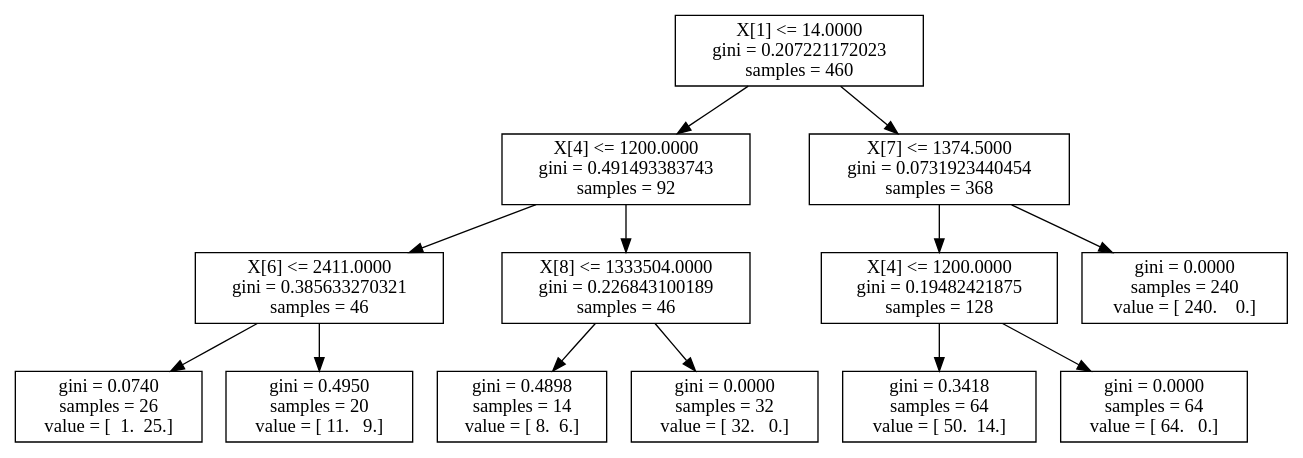
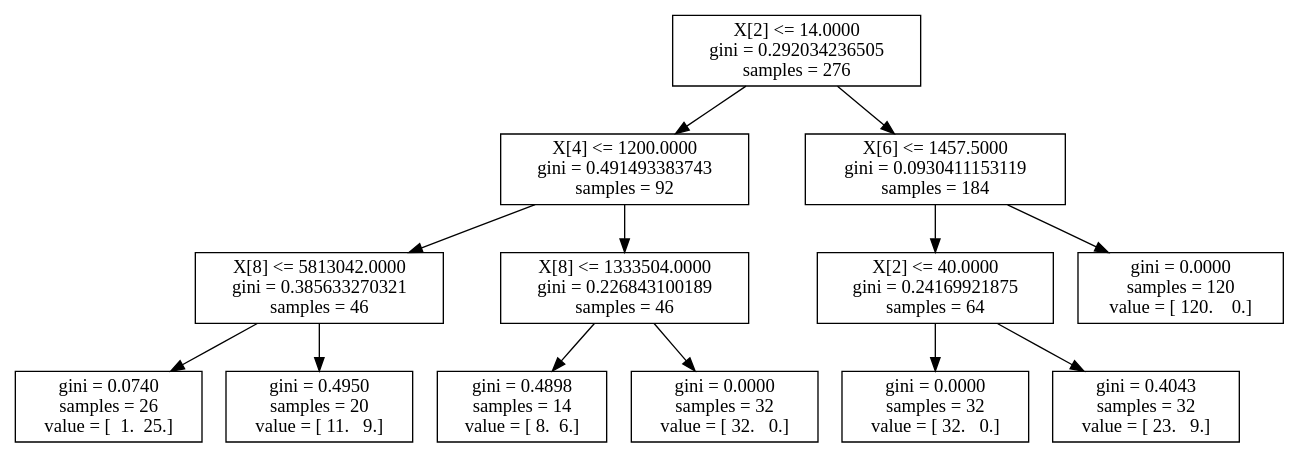
The diagram in script/reproduce-hog-modeling/t628-second-set-of-features-depth3/model-sklearn-dtc.modelx.dot (ctuning/reproduce-ck-paper-large-experiments), drawn with Graphviz before and after one commit. The commit also changed 924 other files, not shown here.

Commit message:
new experiments, graphs and predictive models for run-time adaptation; predictive scheduling and active learning

```diff
--- a/script/reproduce-hog-modeling/t628-second-set-of-features-depth3/model-sklearn-dtc.modelx.dot
+++ b/script/reproduce-hog-modeling/t628-second-set-of-features-depth3/model-sklearn-dtc.modelx.dot
@@ -1,27 +1,27 @@
 digraph Tree {
-0 [label="X[1] <= 14.0000\ngini = 0.207221172023\nsamples = 460", shape="box"] ;
+0 [label="X[2] <= 14.0000\ngini = 0.292034236505\nsamples = 276", shape="box"] ;
 1 [label="X[4] <= 1200.0000\ngini = 0.491493383743\nsamples = 92", shape="box"] ;
 0 -> 1 ;
-2 [label="X[6] <= 2411.0000\ngini = 0.385633270321\nsamples = 46", shape="box"] ;
+2 [label="X[8] <= 5813042.0000\ngini = 0.385633270321\nsamples = 46", shape="box"] ;
 1 -> 2 ;
 3 [label="gini = 0.0740\nsamples = 26\nvalue = [  1.  25.]", shape="box"] ;
 2 -> 3 ;
 4 [label="gini = 0.4950\nsamples = 20\nvalue = [ 11.   9.]", shape="box"] ;
 2 -> 4 ;
 5 [label="X[8] <= 1333504.0000\ngini = 0.226843100189\nsamples = 46", shape="box"] ;
 1 -> 5 ;
 6 [label="gini = 0.4898\nsamples = 14\nvalue = [ 8.  6.]", shape="box"] ;
 5 -> 6 ;
 7 [label="gini = 0.0000\nsamples = 32\nvalue = [ 32.   0.]", shape="box"] ;
 5 -> 7 ;
-8 [label="X[7] <= 1374.5000\ngini = 0.0731923440454\nsamples = 368", shape="box"] ;
+8 [label="X[6] <= 1457.5000\ngini = 0.0930411153119\nsamples = 184", shape="box"] ;
 0 -> 8 ;
-9 [label="X[4] <= 1200.0000\ngini = 0.19482421875\nsamples = 128", shape="box"] ;
+9 [label="X[2] <= 40.0000\ngini = 0.24169921875\nsamples = 64", shape="box"] ;
 8 -> 9 ;
-10 [label="gini = 0.3418\nsamples = 64\nvalue = [ 50.  14.]", shape="box"] ;
+10 [label="gini = 0.0000\nsamples = 32\nvalue = [ 32.   0.]", shape="box"] ;
 9 -> 10 ;
-11 [label="gini = 0.0000\nsamples = 64\nvalue = [ 64.   0.]", shape="box"] ;
+11 [label="gini = 0.4043\nsamples = 32\nvalue = [ 23.   9.]", shape="box"] ;
 9 -> 11 ;
-12 [label="gini = 0.0000\nsamples = 240\nvalue = [ 240.    0.]", shape="box"] ;
+12 [label="gini = 0.0000\nsamples = 120\nvalue = [ 120.    0.]", shape="box"] ;
 8 -> 12 ;
 }
```
